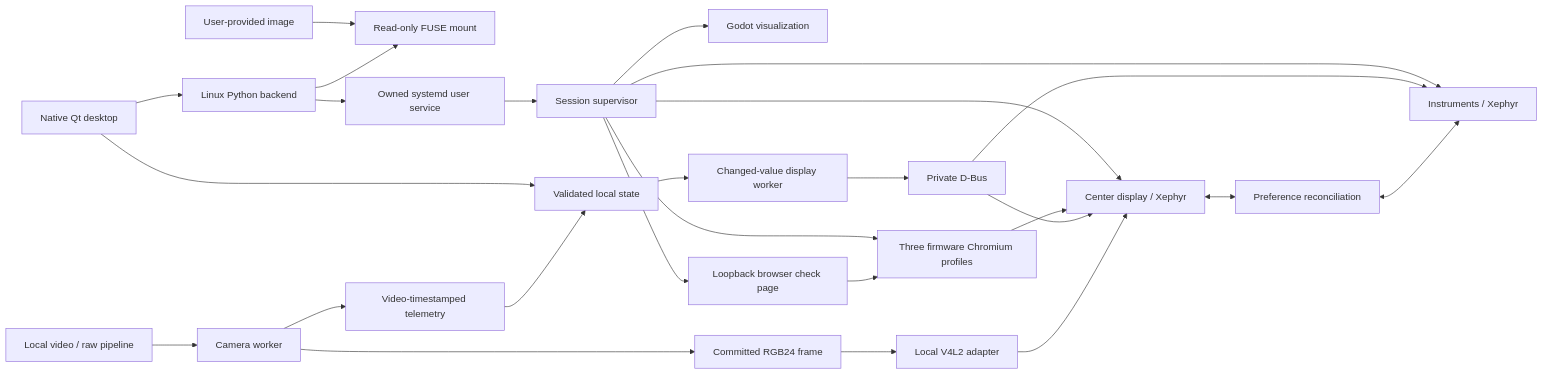
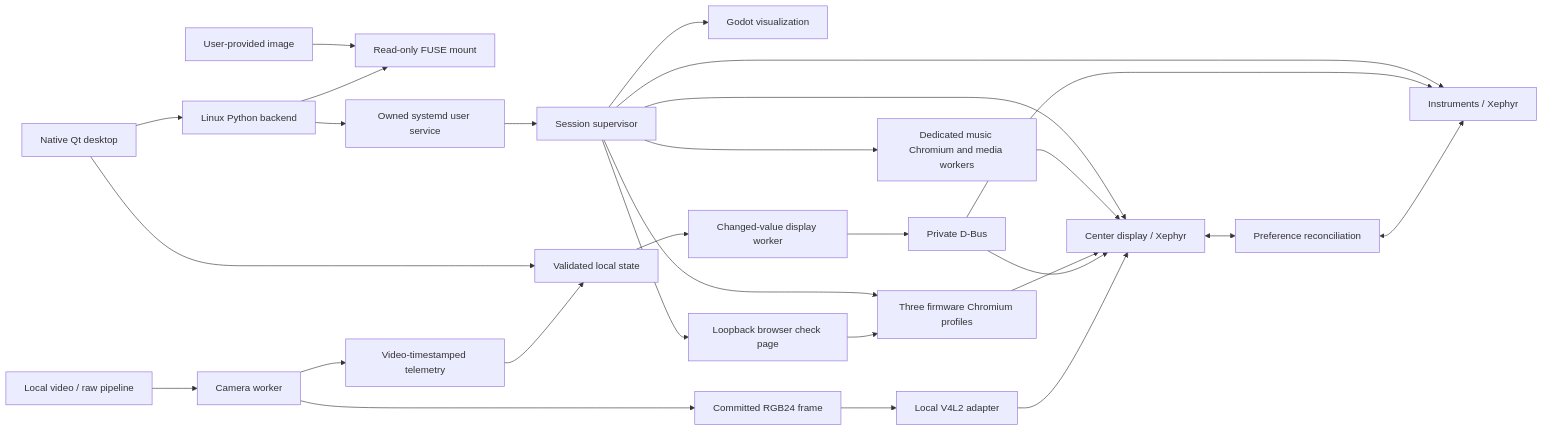
Before and after one commit to 06066060606060/tsla-infotainment-lab: the diagram in docs/ARCHITECTURE.md, drawn with Mermaid. The commit also changed other lines of this file and 39 other files, not shown here.

````diff
--- a/docs/ARCHITECTURE.md
+++ b/docs/ARCHITECTURE.md
@@ -7,28 +7,30 @@
 ```mermaid
 flowchart LR
   GUI[Native Qt desktop] --> Worker[Linux Python backend]
   File[User-provided image] --> FUSE[Read-only FUSE mount]
   Worker --> FUSE
   Worker --> Unit[Owned systemd user service]
   Unit --> Supervisor[Session supervisor]
   Supervisor --> CID[Center display / Xephyr]
   Supervisor --> IC[Instruments / Xephyr]
   Supervisor --> Browser[Three firmware Chromium profiles]
+  Supervisor --> Music[Dedicated music Chromium and media workers]
+  Music --> CID
   Supervisor --> Viz[Godot visualization]
   Supervisor --> Page[Loopback browser check page]
   Browser --> CID
   Page --> Browser
   GUI --> State[Validated local state]
   State --> Apply[Changed-value display worker]
   Apply --> Bus[Private D-Bus]
   Bus --> CID
   Bus --> IC
   CID <--> Prefs[Preference reconciliation]
   Prefs <--> IC
   Video[Local video / raw pipeline] --> Camera[Camera worker]
   Camera --> RGB[Committed RGB24 frame]
   RGB --> V4L2[Local V4L2 adapter]
   V4L2 --> CID
   Camera --> Replay[Video-timestamped telemetry]
   Replay --> State
 ```
````
